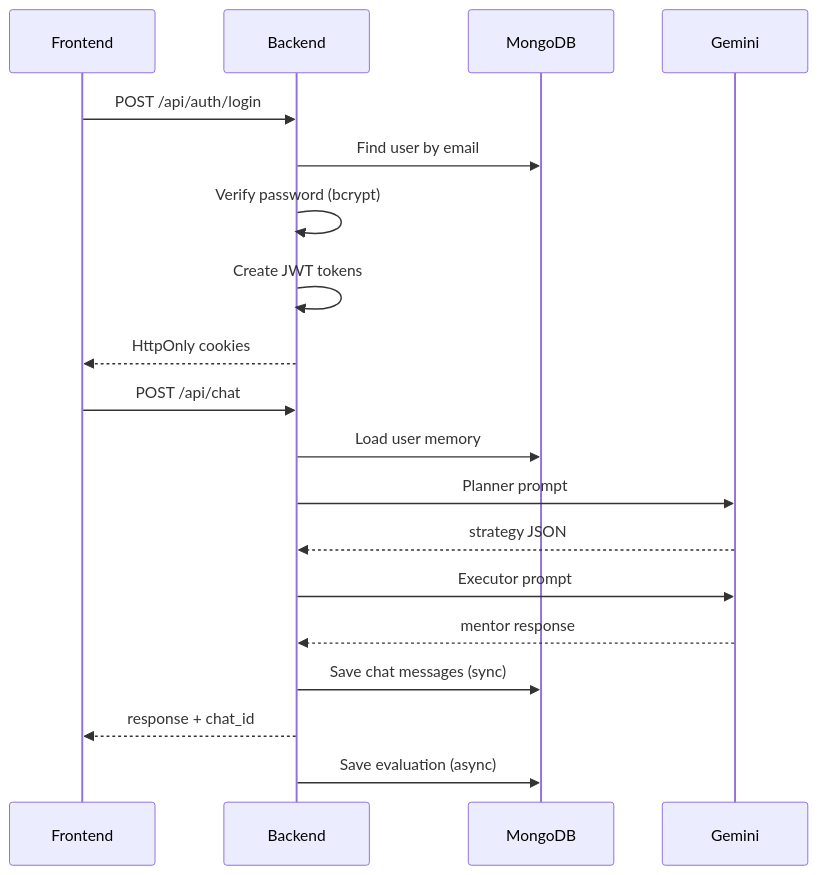
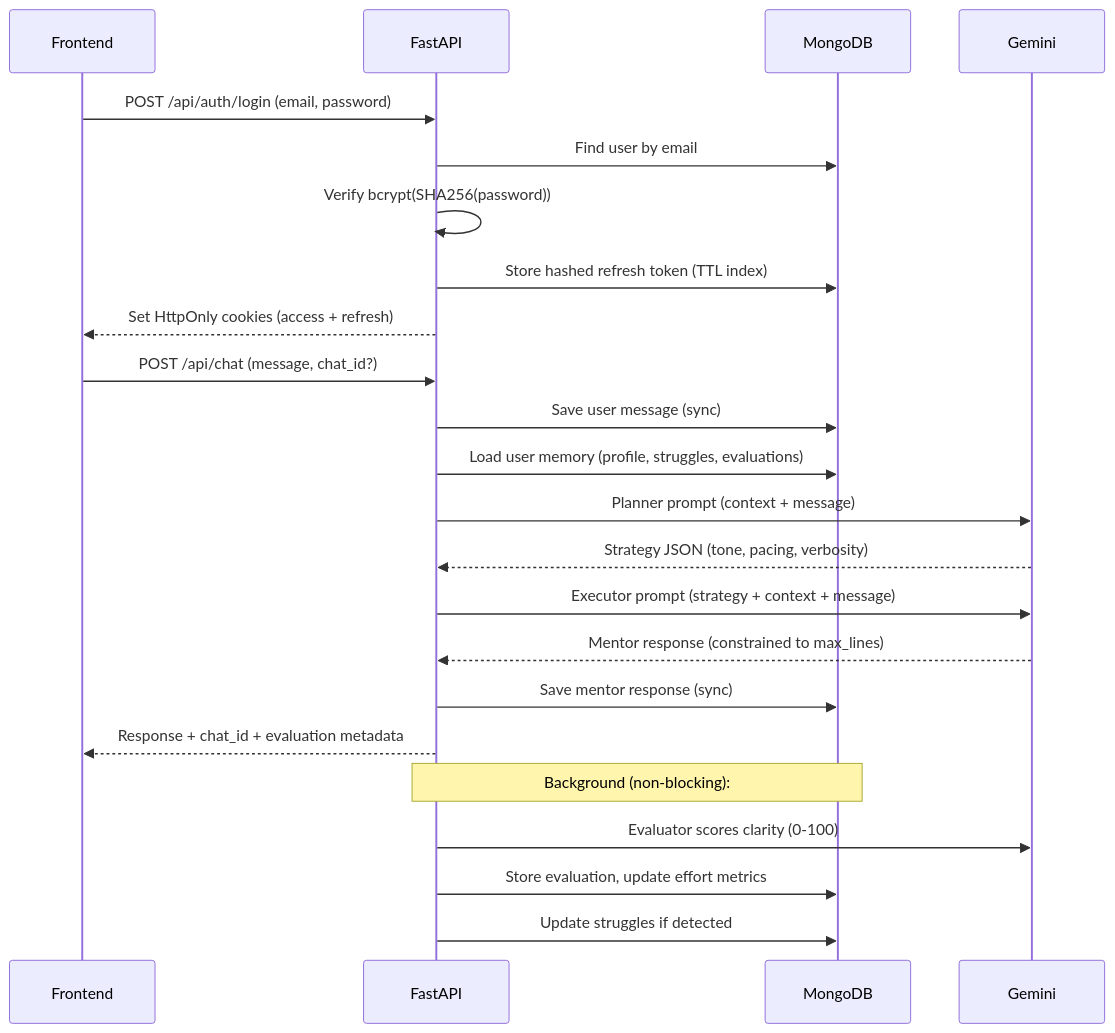
One commit to akshanshmaurya/Synapse changed the second of 3 diagrams in README.md. Above: the diagram before and after it, drawn with Mermaid. The commit also changed other lines of this file and 3 other files, not shown here.

````diff
--- a/README.md
+++ b/README.md
@@ -230,22 +183,28 @@
 ```mermaid
 sequenceDiagram
-    participant FE as Frontend
-    participant BE as Backend
+    participant Client as Frontend
+    participant API as FastAPI
     participant DB as MongoDB
-    participant AI as Gemini
+    participant LLM as Gemini
 
-    FE->>BE: POST /api/auth/login
-    BE->>DB: Find user by email
-    BE->>BE: Verify password (bcrypt)
-    BE->>BE: Create JWT tokens
-    BE-->>FE: HttpOnly cookies
-    FE->>BE: POST /api/chat
-    BE->>DB: Load user memory
-    BE->>AI: Planner prompt
-    AI-->>BE: strategy JSON
-    BE->>AI: Executor prompt
-    AI-->>BE: mentor response
-    BE->>DB: Save chat messages (sync)
-    BE-->>FE: response + chat_id
-    BE->>DB: Save evaluation (async)
+    Client->>API: POST /api/auth/login (email, password)
+    API->>DB: Find user by email
+    API->>API: Verify bcrypt(SHA256(password))
+    API->>DB: Store hashed refresh token (TTL index)
+    API-->>Client: Set HttpOnly cookies (access + refresh)
+
+    Client->>API: POST /api/chat (message, chat_id?)
+    API->>DB: Save user message (sync)
+    API->>DB: Load user memory (profile, struggles, evaluations)
+    API->>LLM: Planner prompt (context + message)
+    LLM-->>API: Strategy JSON (tone, pacing, verbosity)
+    API->>LLM: Executor prompt (strategy + context + message)
+    LLM-->>API: Mentor response (constrained to max_lines)
+    API->>DB: Save mentor response (sync)
+    API-->>Client: Response + chat_id + evaluation metadata
+
+    Note over API,DB: Background (non-blocking):
+    API->>LLM: Evaluator scores clarity (0-100)
+    API->>DB: Store evaluation, update effort metrics
+    API->>DB: Update struggles if detected
 ```
````
